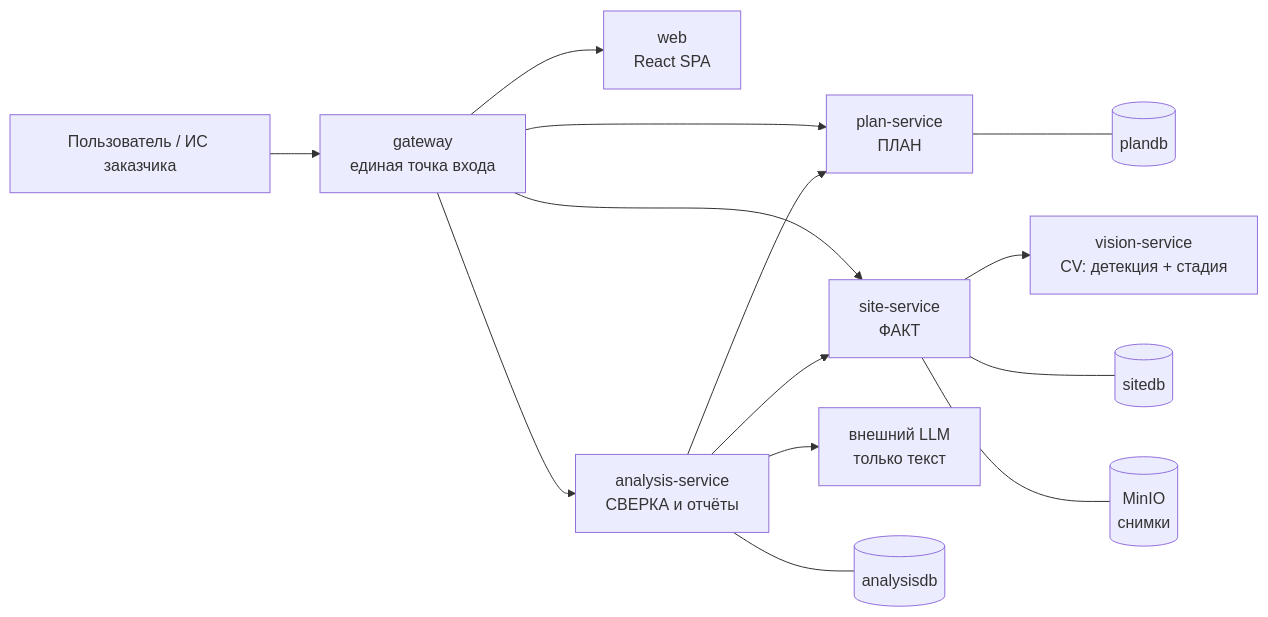
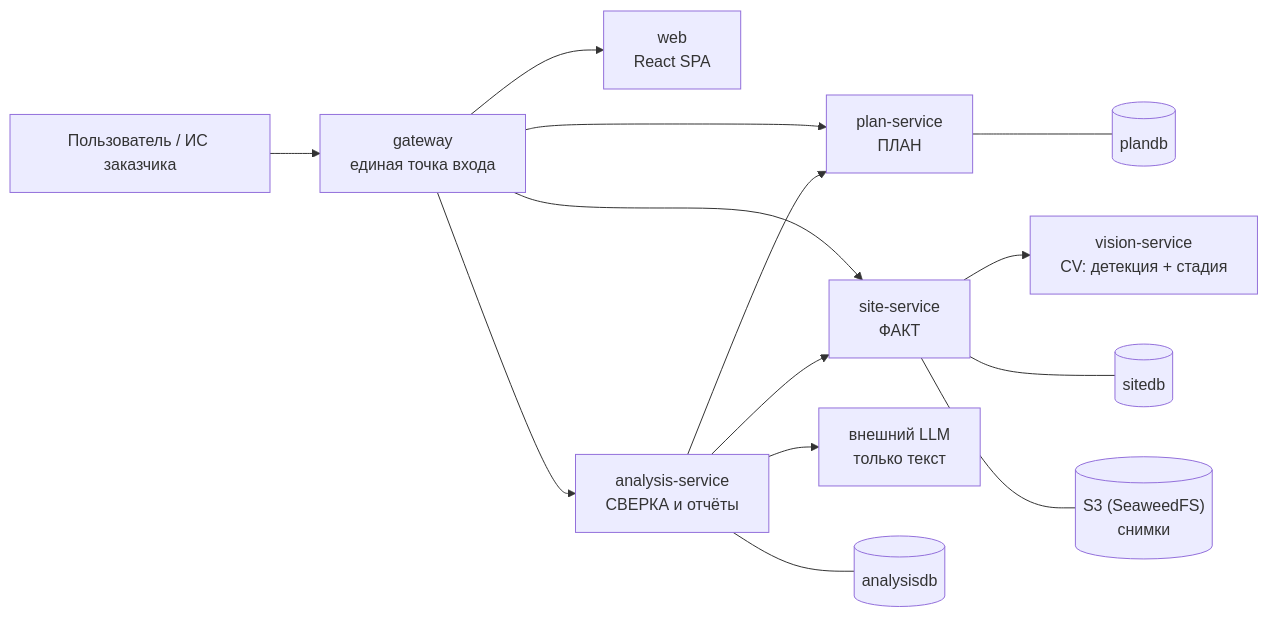
One commit to cerXXXX/ConstructionSupervision changed the diagram in README.md. Above: the diagram before and after it, drawn with Mermaid. The commit also changed other lines of this file and 38 other files, not shown here.

First line of the commit message:
feat(infra): SeaweedFS вместо MinIO (T47)

````diff
--- a/README.md
+++ b/README.md
@@ -49,19 +49,19 @@
 ```mermaid
 flowchart LR
     U["Пользователь / ИС заказчика"] --> GW["gateway<br/>единая точка входа"]
 
     GW --> WEB["web<br/>React SPA"]
     GW --> PLAN["plan-service<br/>ПЛАН"]
     GW --> SITE["site-service<br/>ФАКТ"]
     GW --> ANL["analysis-service<br/>СВЕРКА и отчёты"]
 
     SITE --> VIS["vision-service<br/>CV: детекция + стадия"]
     ANL --> PLAN
     ANL --> SITE
     ANL --> LLM["внешний LLM<br/>только текст"]
 
     PLAN --- PDB[("plandb")]
     SITE --- SDB[("sitedb")]
     ANL --- ADB[("analysisdb")]
-    SITE --- S3[("MinIO<br/>снимки")]
+    SITE --- S3[("S3 (SeaweedFS)<br/>снимки")]
 ```
````
